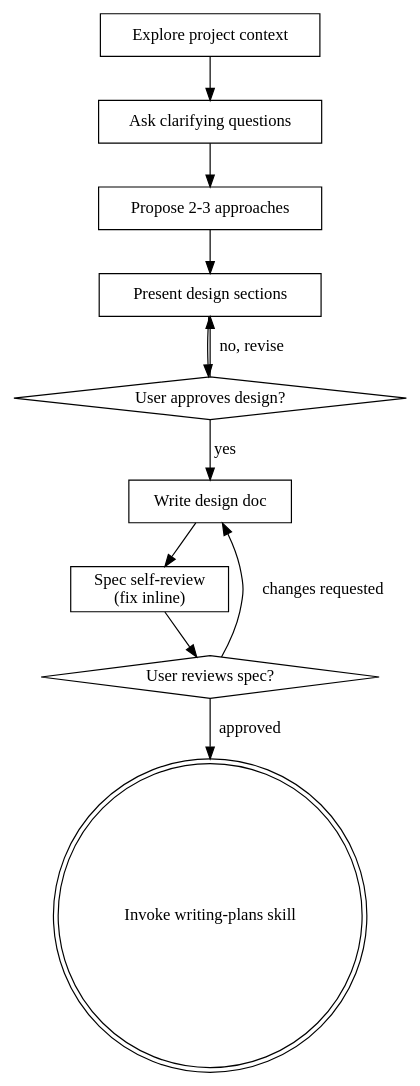
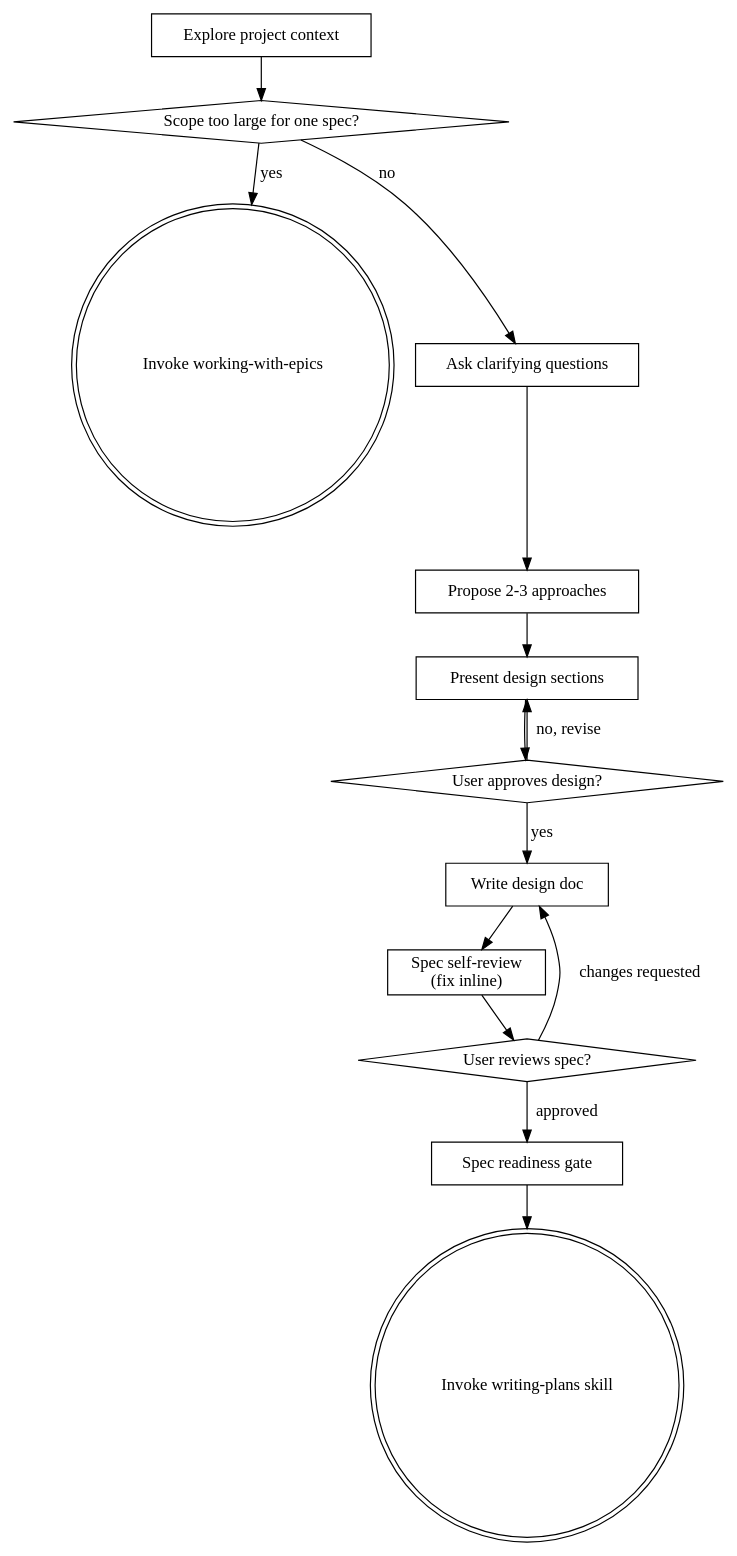
One commit to HarleyBartles/wild-bunch changed the diagram in .agents/skills/brainstorming/SKILL.md. Above: the diagram before and after it, drawn with Graphviz. The commit also changed other lines of this file and 349 other files, not shown here.

````diff
--- a/.agents/skills/brainstorming/SKILL.md
+++ b/.agents/skills/brainstorming/SKILL.md
@@ -62,24 +62,30 @@
 ```dot
 digraph brainstorming {
     "Explore project context" [shape=box];
+    "Scope too large for one spec?" [shape=diamond];
+    "Invoke working-with-epics" [shape=doublecircle];
     "Ask clarifying questions" [shape=box];
     "Propose 2-3 approaches" [shape=box];
     "Present design sections" [shape=box];
     "User approves design?" [shape=diamond];
     "Write design doc" [shape=box];
     "Spec self-review\n(fix inline)" [shape=box];
     "User reviews spec?" [shape=diamond];
+    "Spec readiness gate" [shape=box];
     "Invoke writing-plans skill" [shape=doublecircle];
 
-    "Explore project context" -> "Ask clarifying questions";
+    "Explore project context" -> "Scope too large for one spec?";
+    "Scope too large for one spec?" -> "Invoke working-with-epics" [label="yes"];
+    "Scope too large for one spec?" -> "Ask clarifying questions" [label="no"];
     "Ask clarifying questions" -> "Propose 2-3 approaches";
     "Propose 2-3 approaches" -> "Present design sections";
     "Present design sections" -> "User approves design?";
     "User approves design?" -> "Present design sections" [label="no, revise"];
     "User approves design?" -> "Write design doc" [label="yes"];
     "Write design doc" -> "Spec self-review\n(fix inline)";
     "Spec self-review\n(fix inline)" -> "User reviews spec?";
     "User reviews spec?" -> "Write design doc" [label="changes requested"];
-    "User reviews spec?" -> "Invoke writing-plans skill" [label="approved"];
+    "User reviews spec?" -> "Spec readiness gate" [label="approved"];
+    "Spec readiness gate" -> "Invoke writing-plans skill";
 }
 ```
````
